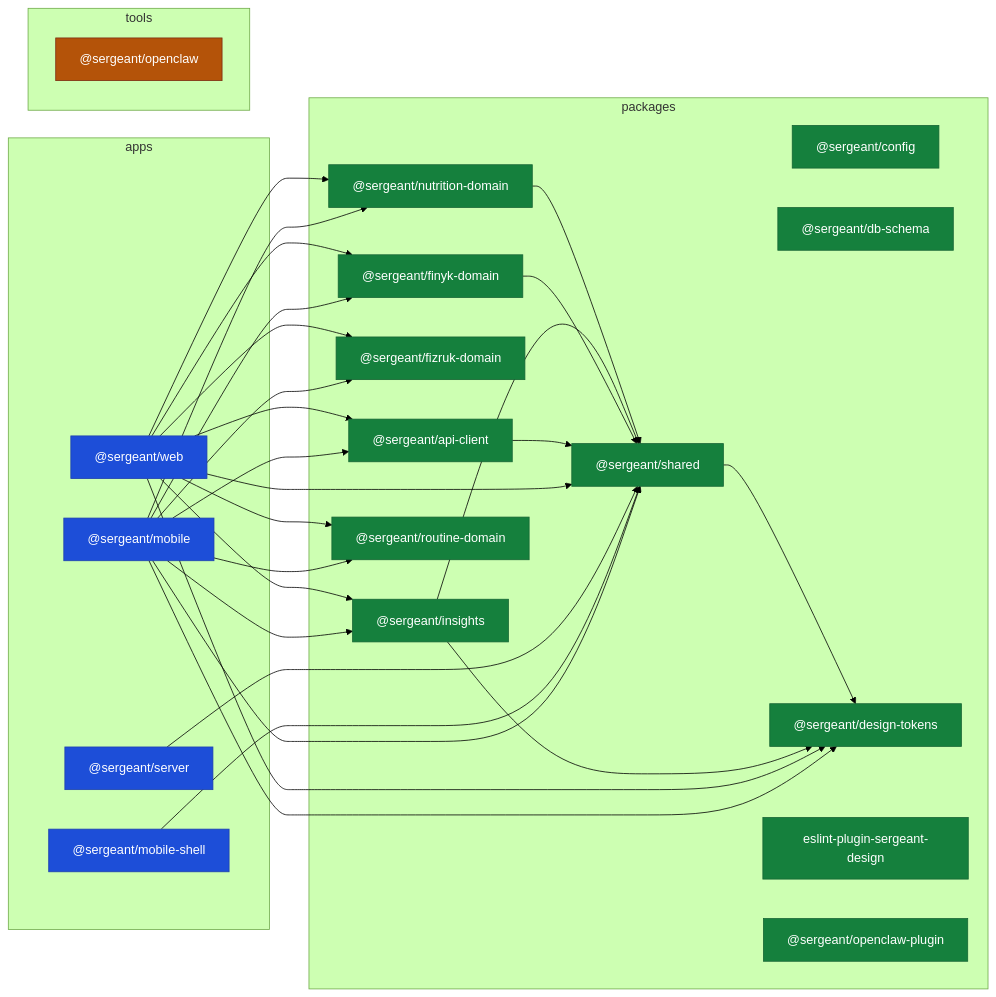
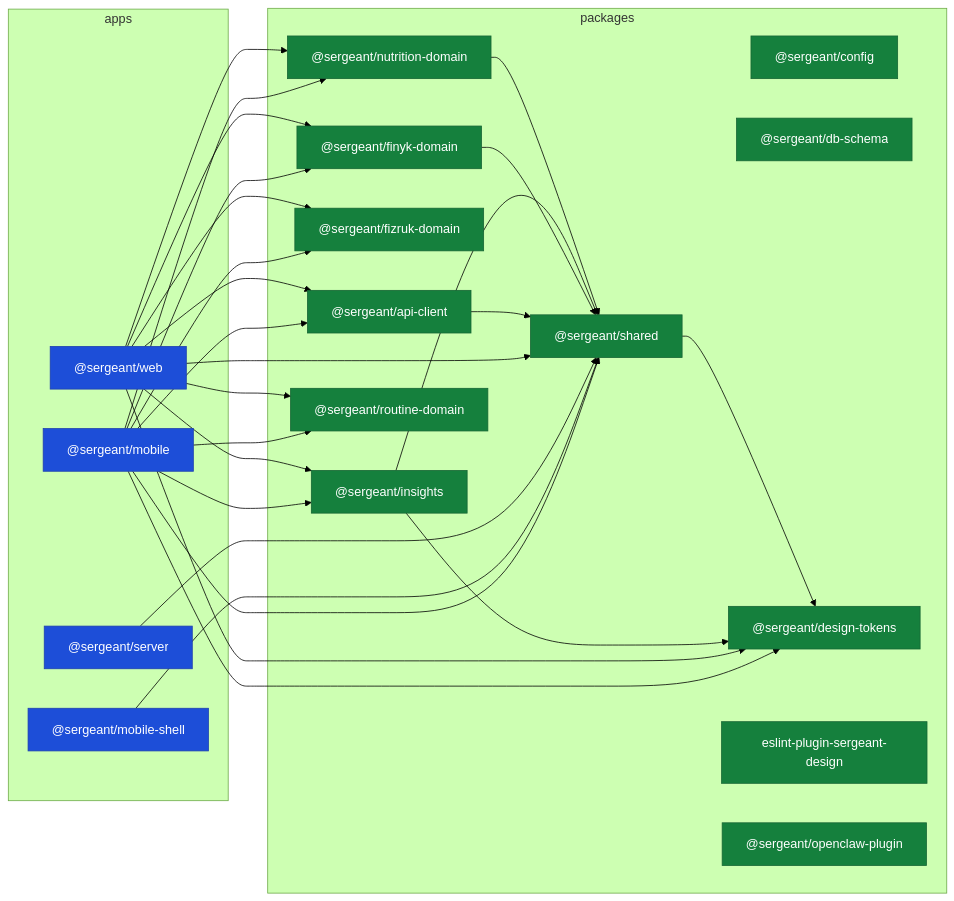
One commit to SkOrDs-02/sergeant changed the diagram in docs/02-engineering/architecture/diagrams/c3-workspaces.md. Above: the diagram before and after it, drawn with Mermaid (forest theme). The commit also changed other lines of this file and 7 other files, not shown here.

````diff
--- a/docs/02-engineering/architecture/diagrams/c3-workspaces.md
+++ b/docs/02-engineering/architecture/diagrams/c3-workspaces.md
@@ -14,57 +14,53 @@
 ```mermaid
 flowchart LR
     subgraph apps["apps"]
         apps_mobile["@sergeant/mobile"]
         apps_mobile_shell["@sergeant/mobile-shell"]
         apps_server["@sergeant/server"]
         apps_web["@sergeant/web"]
-    end
-    subgraph tools["tools"]
-        tools_openclaw["@sergeant/openclaw"]
     end
     subgraph packages["packages"]
         packages_api_client["@sergeant/api-client"]
         packages_config["@sergeant/config"]
         packages_db_schema["@sergeant/db-schema"]
         packages_design_tokens["@sergeant/design-tokens"]
         packages_eslint_plugin_sergeant_design["eslint-plugin-sergeant-design"]
         packages_finyk_domain["@sergeant/finyk-domain"]
         packages_fizruk_domain["@sergeant/fizruk-domain"]
         packages_insights["@sergeant/insights"]
         packages_nutrition_domain["@sergeant/nutrition-domain"]
         packages_openclaw_plugin["@sergeant/openclaw-plugin"]
         packages_routine_domain["@sergeant/routine-domain"]
         packages_shared["@sergeant/shared"]
     end
     apps_mobile --> packages_api_client
     apps_mobile --> packages_design_tokens
     apps_mobile --> packages_finyk_domain
     apps_mobile --> packages_fizruk_domain
     apps_mobile --> packages_insights
     apps_mobile --> packages_nutrition_domain
     apps_mobile --> packages_routine_domain
     apps_mobile --> packages_shared
     apps_mobile_shell --> packages_shared
     apps_server --> packages_shared
     apps_web --> packages_api_client
     apps_web --> packages_design_tokens
     apps_web --> packages_finyk_domain
     apps_web --> packages_fizruk_domain
     apps_web --> packages_insights
     apps_web --> packages_nutrition_domain
     apps_web --> packages_routine_domain
     apps_web --> packages_shared
     packages_api_client --> packages_shared
     packages_finyk_domain --> packages_shared
     packages_insights --> packages_design_tokens
     packages_insights --> packages_shared
     packages_nutrition_domain --> packages_shared
     packages_shared --> packages_design_tokens
 
     classDef app fill:#1d4ed8,stroke:#1e40af,color:#fff
     classDef tool fill:#b45309,stroke:#7c2d12,color:#fff
     classDef package fill:#15803d,stroke:#166534,color:#fff
     class apps_mobile,apps_mobile_shell,apps_server,apps_web app
-    class tools_openclaw tool
     class packages_api_client,packages_config,packages_db_schema,packages_design_tokens,packages_eslint_plugin_sergeant_design,packages_finyk_domain,packages_fizruk_domain,packages_insights,packages_nutrition_domain,packages_openclaw_plugin,packages_routine_domain,packages_shared package
 ```
````
